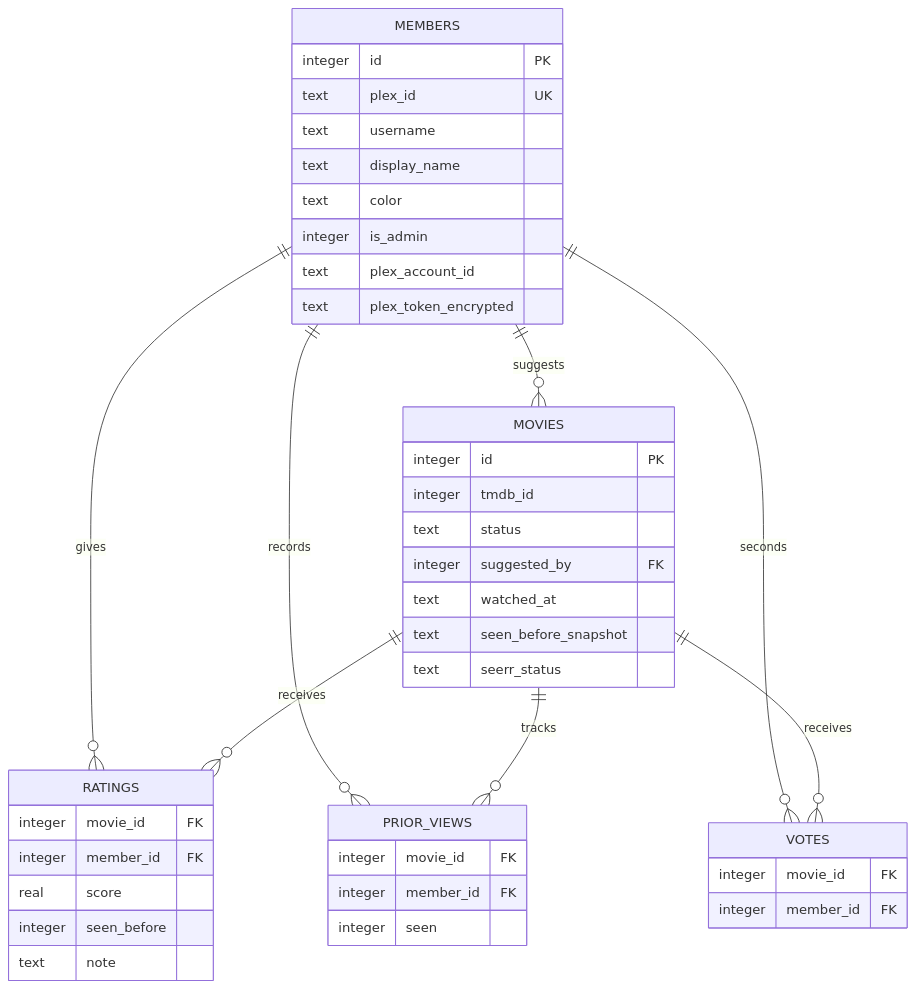
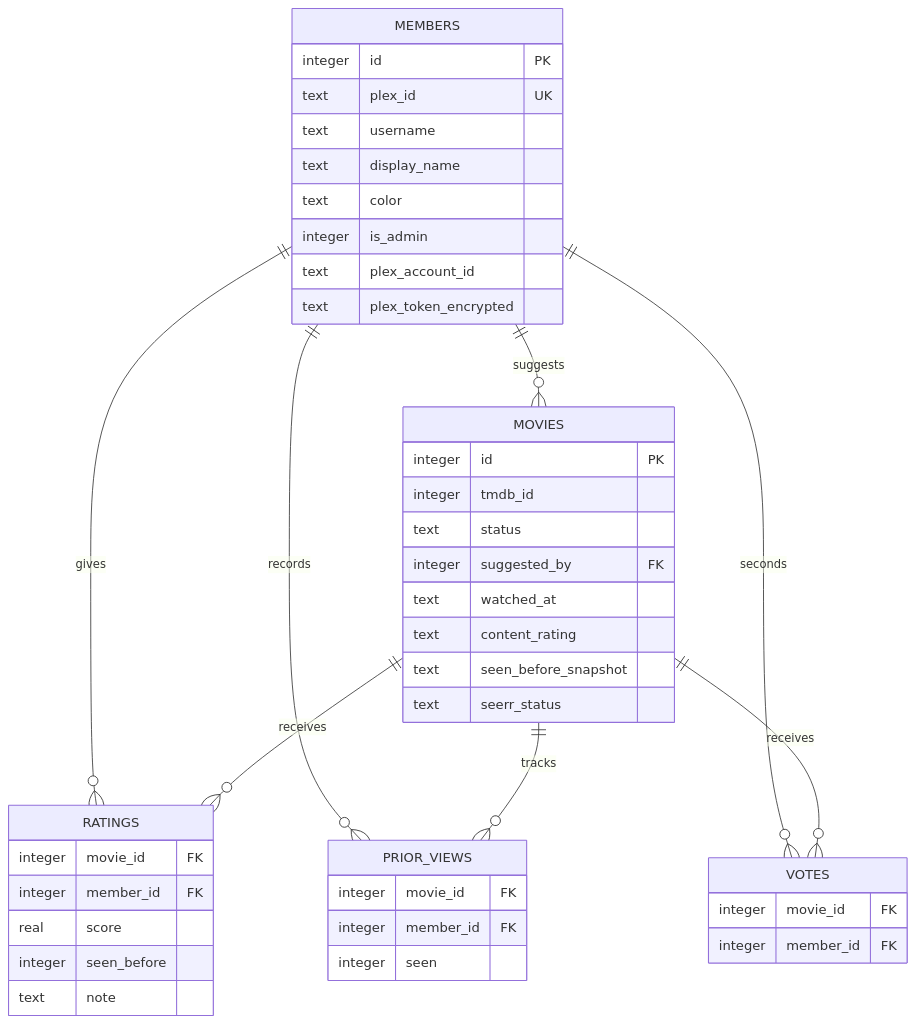
Before and after one commit to crdenn/filmclub: the second of 4 diagrams in docs/ARCHITECTURE.md, drawn with Mermaid. The commit also changed other lines of this file and 10 other files, not shown here.

First line of the commit message:
Capture the U.S. content rating for films

````diff
--- a/docs/ARCHITECTURE.md
+++ b/docs/ARCHITECTURE.md
@@ -109,46 +109,47 @@
 ```mermaid
 erDiagram
     MEMBERS ||--o{ MOVIES : suggests
     MEMBERS ||--o{ RATINGS : gives
     MOVIES ||--o{ RATINGS : receives
     MEMBERS ||--o{ PRIOR_VIEWS : records
     MOVIES ||--o{ PRIOR_VIEWS : tracks
     MEMBERS ||--o{ VOTES : seconds
     MOVIES ||--o{ VOTES : receives
 
     MEMBERS {
       integer id PK
       text plex_id UK
       text username
       text display_name
       text color
       integer is_admin
       text plex_account_id
       text plex_token_encrypted
     }
     MOVIES {
       integer id PK
       integer tmdb_id
       text status
       integer suggested_by FK
       text watched_at
+      text content_rating
       text seen_before_snapshot
       text seerr_status
     }
     RATINGS {
       integer movie_id FK
       integer member_id FK
       real score
       integer seen_before
       text note
     }
     PRIOR_VIEWS {
       integer movie_id FK
       integer member_id FK
       integer seen
     }
     VOTES {
       integer movie_id FK
       integer member_id FK
     }
 ```
````
